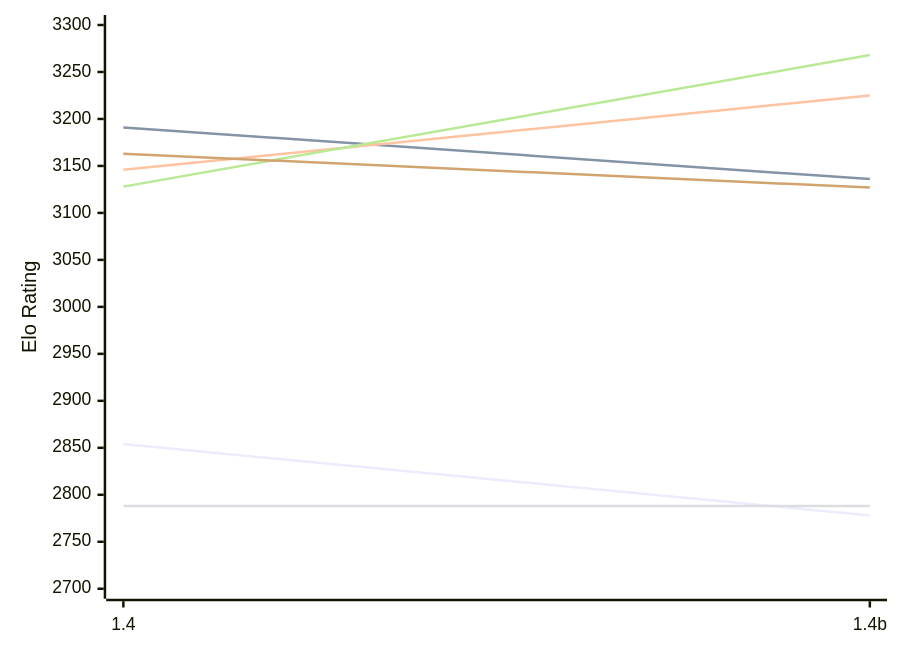
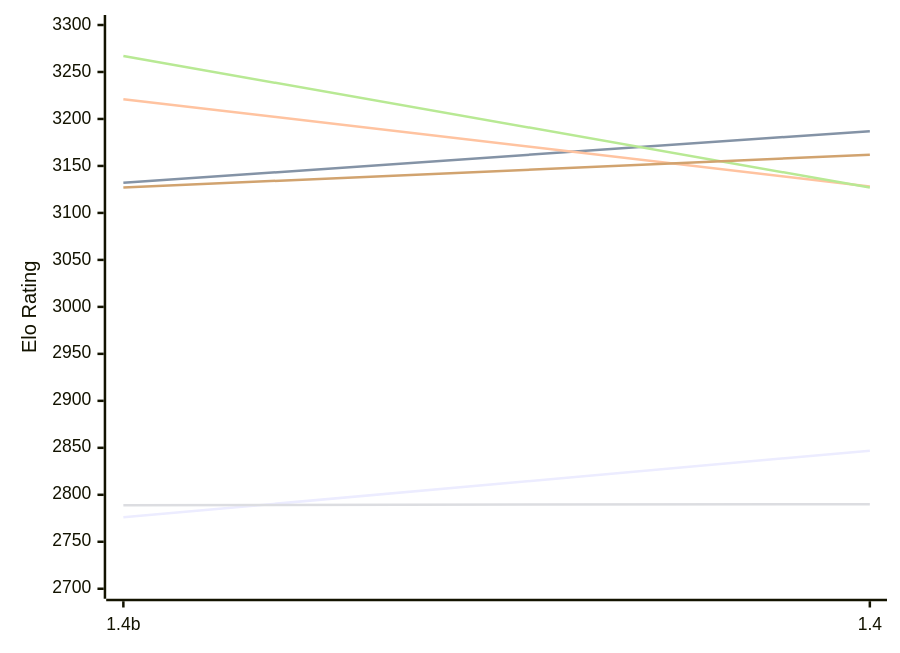
Before and after one commit to computer-chess-index/cci: the first of 2 diagrams in engines/Chessnix.md, drawn with Mermaid. The commit also changed other lines of this file, not shown here.

Commit message:
Update CCI Ratings (ELO VLTC) - 2026-11-26

````diff
--- a/engines/Chessnix.md
+++ b/engines/Chessnix.md
@@ -52,12 +52,12 @@
 ```mermaid
 %%{init: {"theme":"base","themeVariables":{"seriesColors:['#a3a3a3','#222221','#faa371']}}}%%
 xychart-beta
-  x-axis ["1.4", "1.4b"]
+  x-axis ["1.4b", "1.4"]
   y-axis "Elo Rating" 2700 --> 3300
-  line "E1: STC (8.0+0.08s)" [2854, 2778]
-  line "E1: LTC (60.0+0.60s)" [3191, 3136]
-  line "E1: VLTC (2m24s+1.12s)" [3146, 3225]
-  line "P1: STC (8.0+0.08s)" [2788, 2788]
-  line "P1: LTC (60.0+0.60s)" [3128, 3268]
-  line "P1: VLTC (2m24s+1.12s)" [3163, 3127]
+  line "E1: STC (8.0+0.08s)" [2776, 2847]
+  line "E1: LTC (60.0+0.60s)" [3132, 3187]
+  line "E1: VLTC (2m24s+1.12s)" [3221, 3128]
+  line "P1: STC (8.0+0.08s)" [2789, 2790]
+  line "P1: LTC (60.0+0.60s)" [3267, 3127]
+  line "P1: VLTC (2m24s+1.12s)" [3127, 3162]
 ```
````
